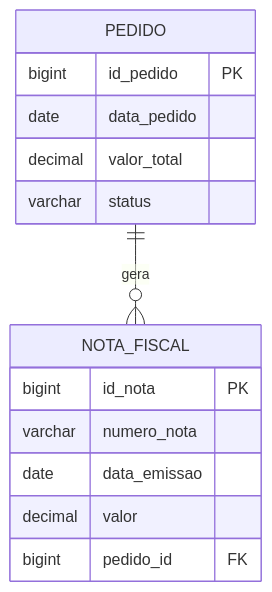
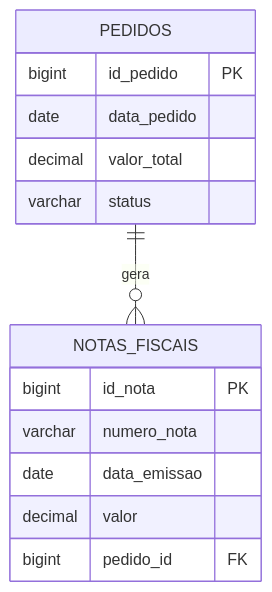
Before and after one commit to DSM-Fatec-Jahu/Banco-de-Dados-Relacional-IBD015: the sixth of 12 diagrams in aulas/Cardinalidade_MER_Completo.md, drawn with Mermaid. The commit also changed other lines of this file and 1 other file, not shown here.

````diff
--- a/aulas/Cardinalidade_MER_Completo.md
+++ b/aulas/Cardinalidade_MER_Completo.md
@@ -303,19 +303,19 @@
 ```mermaid
 erDiagram
-    PEDIDO {
+    PEDIDOS {
         bigint id_pedido PK
         date data_pedido
         decimal valor_total
         varchar status
     }
 
-    NOTA_FISCAL {
+    NOTAS_FISCAIS {
         bigint id_nota PK
         varchar numero_nota
         date data_emissao
         decimal valor
         bigint pedido_id FK
     }
 
-    PEDIDO ||--o{ NOTA_FISCAL : "gera"
+    PEDIDOS ||--o{ NOTAS_FISCAIS : "gera"
 ```
````
